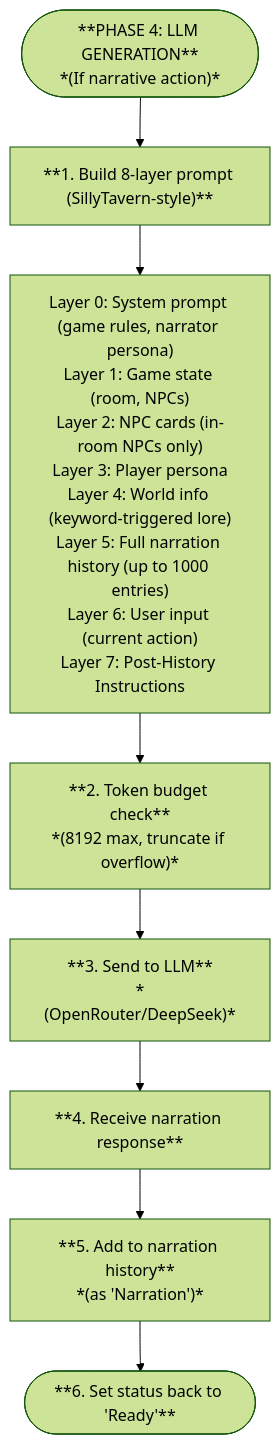
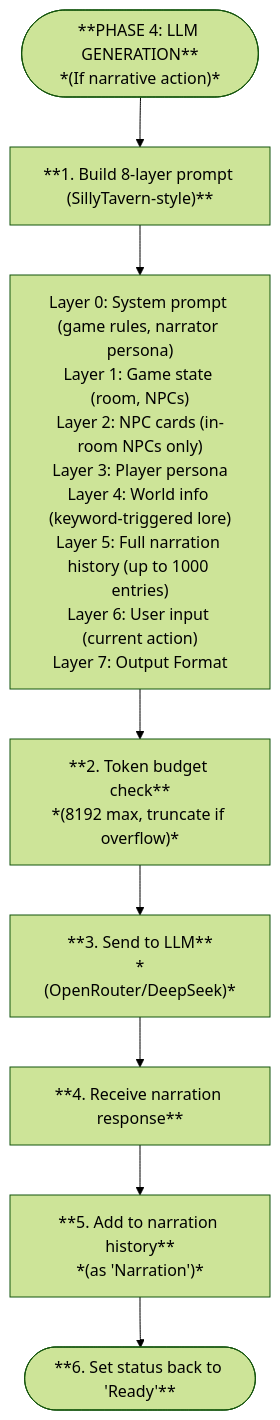
The second of 3 diagrams in chronicler_engine/docs/system/game_flow.md (notsonormal/chronicler-engine), drawn with Mermaid (forest theme) before and after one commit. The commit also changed 68 other files, not shown here.

First line of the commit message:
﻿feat(engine): add prompt preset system

````diff
--- a/chronicler_engine/docs/system/game_flow.md
+++ b/chronicler_engine/docs/system/game_flow.md
@@ -46,21 +46,21 @@
 ```mermaid
 flowchart TD
     Start(["**PHASE 4: LLM GENERATION**<br>*(If narrative action)*"])
     
     Step1["**1. Build 8-layer prompt (SillyTavern-style)**"]
-    Sub1["Layer 0: System prompt (game rules, narrator persona)<br>Layer 1: Game state (room, NPCs)<br>Layer 2: NPC cards (in-room NPCs only)<br>Layer 3: Player persona<br>Layer 4: World info (keyword-triggered lore)<br>Layer 5: Full narration history (up to 1000 entries)<br>Layer 6: User input (current action)<br>Layer 7: Post-History Instructions"]
+    Sub1["Layer 0: System prompt (game rules, narrator persona)<br>Layer 1: Game state (room, NPCs)<br>Layer 2: NPC cards (in-room NPCs only)<br>Layer 3: Player persona<br>Layer 4: World info (keyword-triggered lore)<br>Layer 5: Full narration history (up to 1000 entries)<br>Layer 6: User input (current action)<br>Layer 7: Output Format"]
     
     Step2["**2. Token budget check**<br>*(8192 max, truncate if overflow)*"]
     Step3["**3. Send to LLM**<br>*(OpenRouter/DeepSeek)*"]
     Step4["**4. Receive narration response**"]
     Step5["**5. Add to narration history**<br>*(as 'Narration')*"]
     Step6(["**6. Set status back to 'Ready'**"])
 
     Start --> Step1
     Step1 --> Sub1
     Sub1 --> Step2
     Step2 --> Step3
     Step3 --> Step4
     Step4 --> Step5
     Step5 --> Step6
 ```
````
